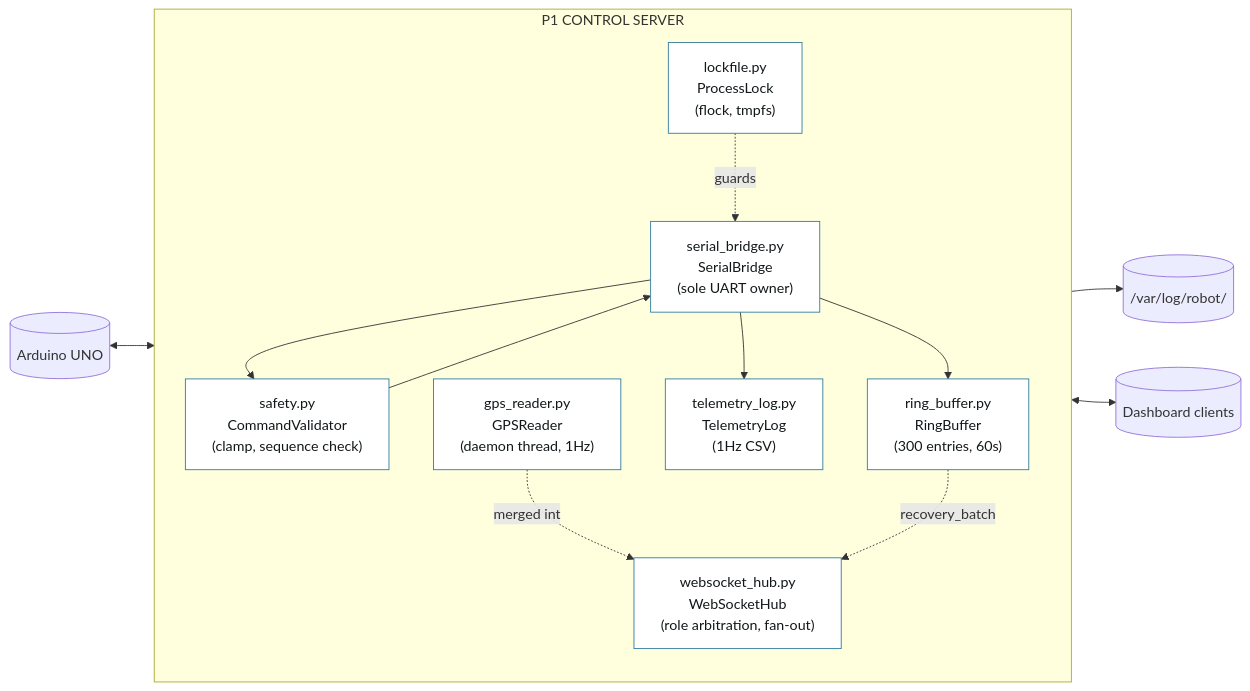
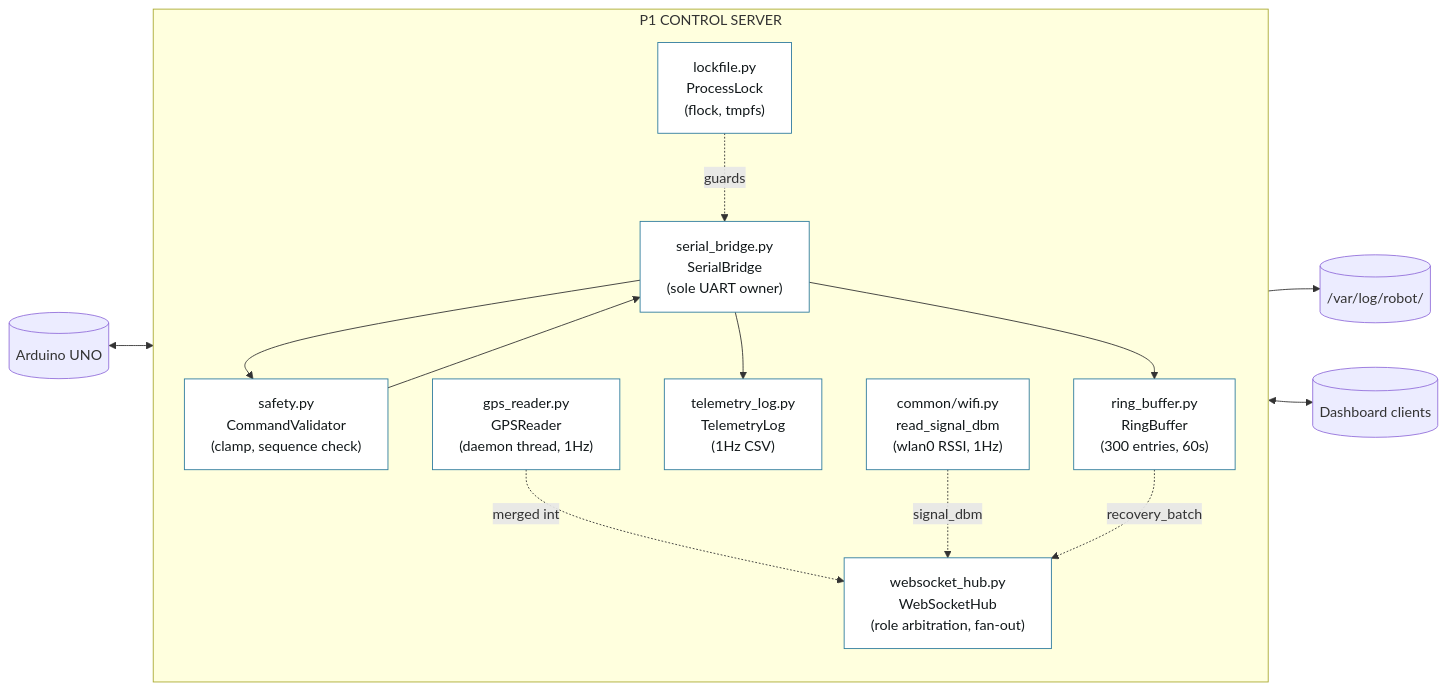
One commit to baiust999/robort-code-from-pi changed the third of 16 diagrams in docs/ARCHITECTURE.md. Above: the diagram before and after it, drawn with Mermaid. The commit also changed other lines of this file and 11 other files, not shown here.

````diff
--- a/docs/ARCHITECTURE.md
+++ b/docs/ARCHITECTURE.md
@@ -119,30 +119,32 @@
 ```mermaid
 flowchart LR
     subgraph p1["P1 CONTROL SERVER"]
         direction TB
         lock["lockfile.py<br/>ProcessLock<br/>(flock, tmpfs)"]
         sb["serial_bridge.py<br/>SerialBridge<br/>(sole UART owner)"]
         safety["safety.py<br/>CommandValidator<br/>(clamp, sequence check)"]
         gps["gps_reader.py<br/>GPSReader<br/>(daemon thread, 1Hz)"]
         ring["ring_buffer.py<br/>RingBuffer<br/>(300 entries, 60s)"]
         hub["websocket_hub.py<br/>WebSocketHub<br/>(role arbitration, fan-out)"]
         tlog["telemetry_log.py<br/>TelemetryLog<br/>(1Hz CSV)"]
+        wifi["common/wifi.py<br/>read_signal_dbm<br/>(wlan0 RSSI, 1Hz)"]
     end
 
     arduino[("Arduino UNO")]
     clients[("Dashboard clients")]
     disk[("/var/log/robot/")]
 
     arduino <--> sb
     lock -.guards.-> sb
     sb --> safety
     safety --> sb
     sb --> ring
     sb --> tlog --> disk
     gps -.merged into.-> hub
+    wifi -.signal_dbm.-> hub
     ring -.recovery_batch.-> hub
     hub <--> clients
 
     classDef mod fill:#fff,stroke:#2F7C9E,color:#12181A;
-    class lock,sb,safety,gps,ring,hub,tlog mod;
+    class lock,sb,safety,gps,ring,hub,tlog,wifi mod;
 ```
````
